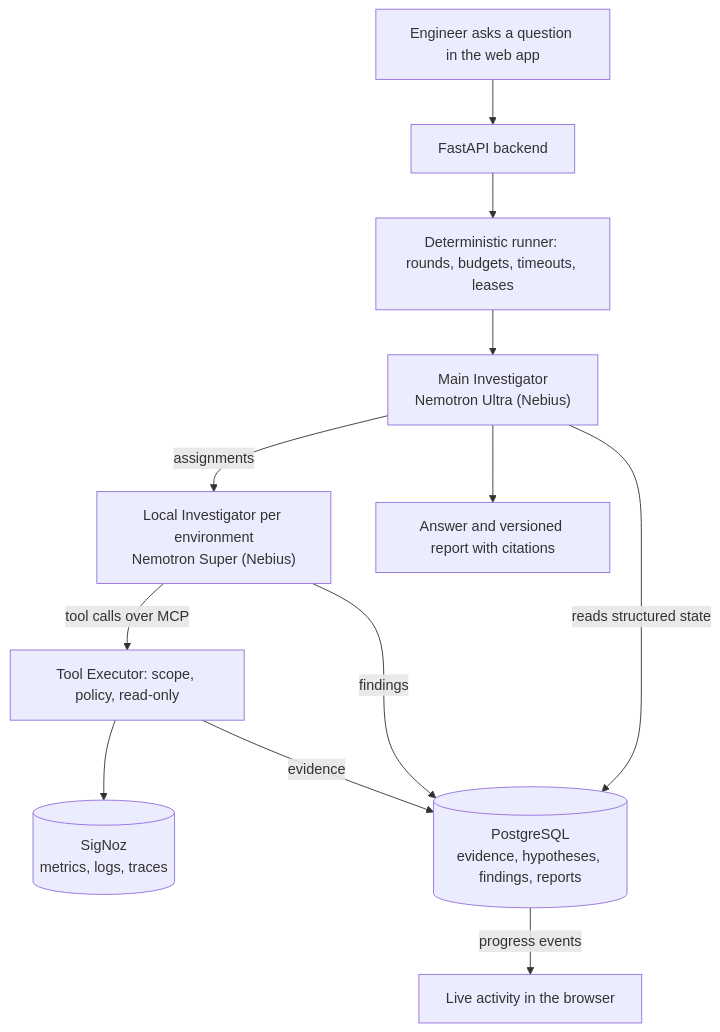
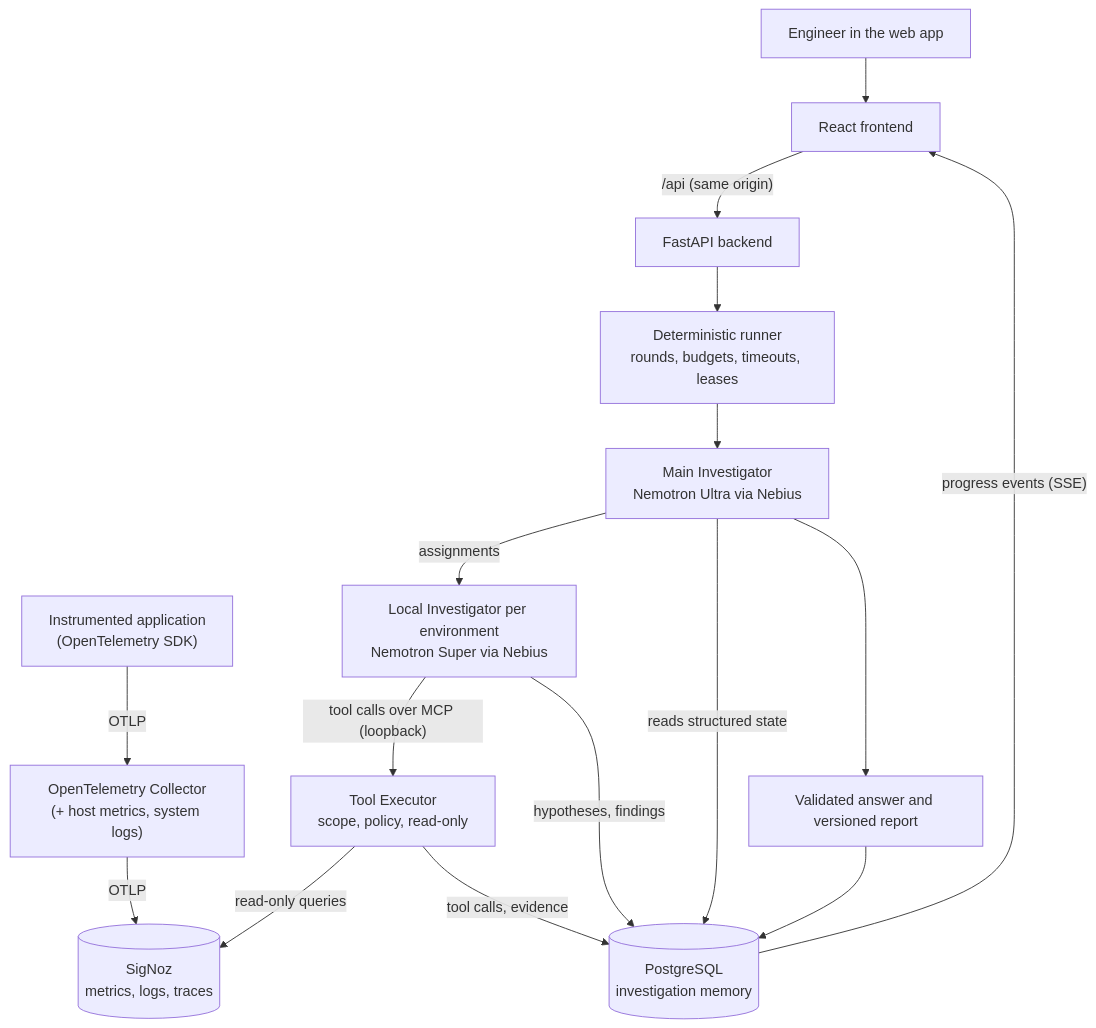
One commit to abhinayshrestha/inquest changed the diagram in README.md. Above: the diagram before and after it, drawn with Mermaid. The commit also changed other lines of this file and 5 other files, not shown here.

````diff
--- a/README.md
+++ b/README.md
@@ -26,14 +120,19 @@
 ```mermaid
 flowchart TD
-    U[Engineer asks a question in the web app] --> API[FastAPI backend]
-    API --> R[Deterministic runner: rounds, budgets, timeouts, leases]
-    R --> M["Main Investigator<br/>Nemotron Ultra (Nebius)"]
-    M -- assignments --> L["Local Investigator per environment<br/>Nemotron Super (Nebius)"]
-    L -- tool calls over MCP --> X[Tool Executor: scope, policy, read-only]
-    X --> S[(SigNoz<br/>metrics, logs, traces)]
-    X -- evidence --> DB[(PostgreSQL<br/>evidence, hypotheses, findings, reports)]
-    L -- findings --> DB
-    M -- reads structured state --> DB
-    M --> A[Answer and versioned report with citations]
-    DB -- progress events --> SSE[Live activity in the browser]
+    APP["Instrumented application<br/>(OpenTelemetry SDK)"] -- OTLP --> COL["OpenTelemetry Collector<br/>(+ host metrics, system logs)"]
+    COL -- OTLP --> SZ[("SigNoz<br/>metrics, logs, traces")]
+
+    U[Engineer in the web app] --> WEB["React frontend"]
+    WEB -- "/api (same origin)" --> API[FastAPI backend]
+    API --> R["Deterministic runner<br/>rounds, budgets, timeouts, leases"]
+    R --> M["Main Investigator<br/>Nemotron Ultra via Nebius"]
+    M -- assignments --> L["Local Investigator per environment<br/>Nemotron Super via Nebius"]
+    L -- "tool calls over MCP (loopback)" --> X["Tool Executor<br/>scope, policy, read-only"]
+    X -- "read-only queries" --> SZ
+    X -- "tool calls, evidence" --> DB[("PostgreSQL<br/>investigation memory")]
+    L -- "hypotheses, findings" --> DB
+    M -- "reads structured state" --> DB
+    M --> A["Validated answer and versioned report"]
+    A --> DB
+    DB -- "progress events (SSE)" --> WEB
 ```
````
